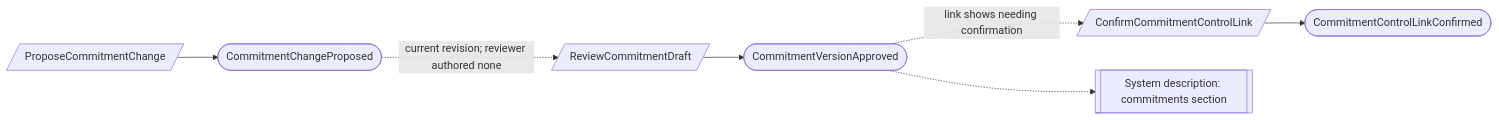
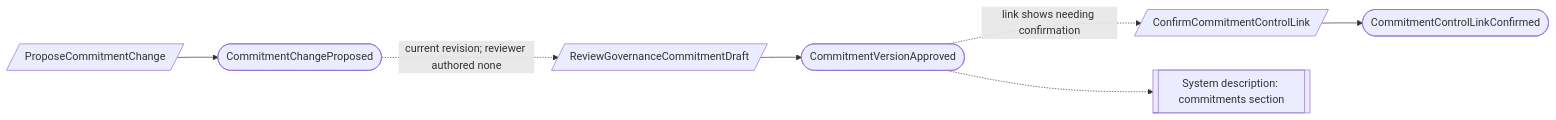
Before and after one commit to bdgrz/compliance-core: the third of 3 diagrams in docs/proposed/contexts/commitments.md, drawn with Mermaid. The commit also changed other lines of this file and 1812 other files, not shown here.

````diff
--- a/docs/proposed/contexts/commitments.md
+++ b/docs/proposed/contexts/commitments.md
@@ -149,7 +173,7 @@
 ```mermaid
 flowchart LR
     C1[/ProposeCommitmentChange/] --> E1([CommitmentChangeProposed])
-    E1 -. "current revision; reviewer authored none" .-> C2[/ReviewCommitmentDraft/] --> E2([CommitmentVersionApproved])
+    E1 -. "current revision; reviewer authored none" .-> C2[/ReviewGovernanceCommitmentDraft/] --> E2([CommitmentVersionApproved])
     E2 -. "link shows needing confirmation" .-> C3[/ConfirmCommitmentControlLink/] --> E3([CommitmentControlLinkConfirmed])
     E2 -.-> X1[[System description: commitments section]]
 ```
````
